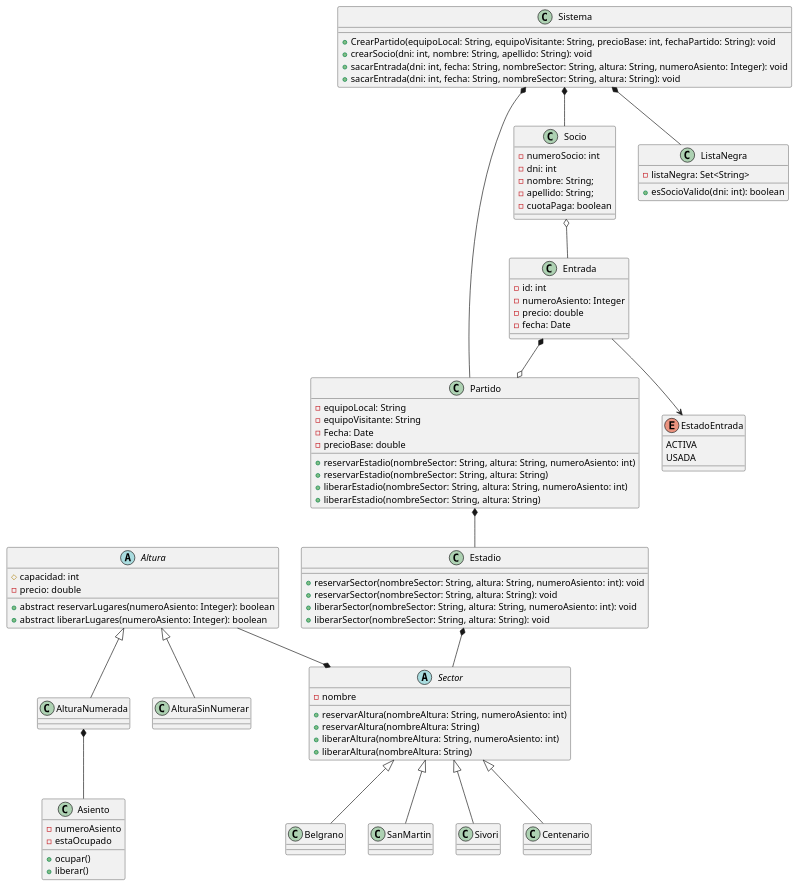
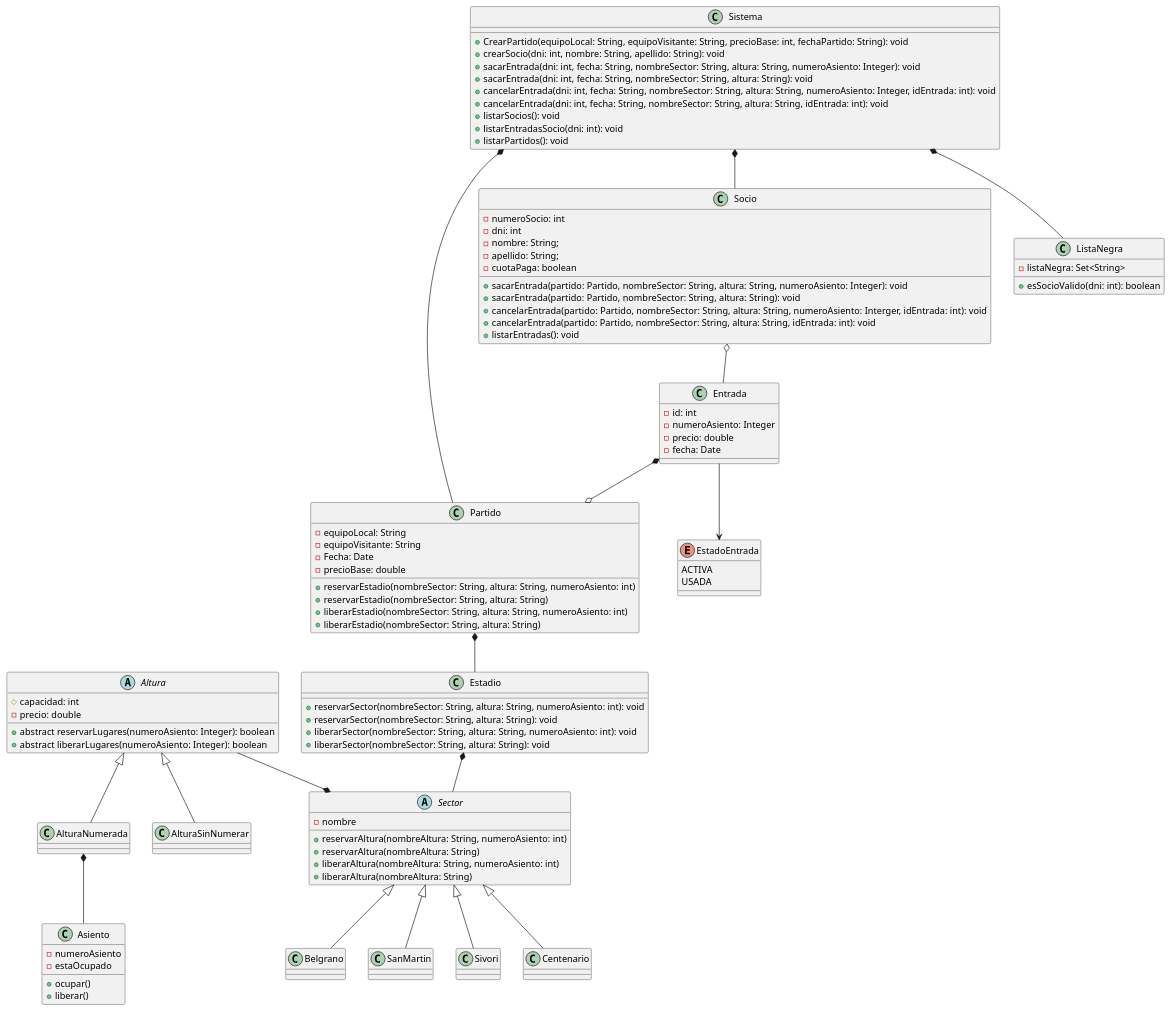
One commit to SimonForteza/TPO_POO_2024 changed the diagram in src/main/resources/diagram.puml. Above: the diagram before and after it, drawn with PlantUML. The commit also changed 5 other files, not shown here.

```diff
--- a/src/main/resources/diagram.puml
+++ b/src/main/resources/diagram.puml
@@ -1,110 +1,121 @@
 @startuml
 abstract class Altura{
     #capacidad: int
     -precio: double
     +abstract reservarLugares(numeroAsiento: Integer): boolean
     +abstract liberarLugares(numeroAsiento: Integer): boolean
 
 }
 
 class AlturaNumerada{}
 class AlturaSinNumerar{}
 
 class Asiento{
     -numeroAsiento
     -estaOcupado
     +ocupar()
     +liberar()
 }
 
 abstract class Sector{
     -nombre
     +reservarAltura(nombreAltura: String, numeroAsiento: int)
     +reservarAltura(nombreAltura: String)
     +liberarAltura(nombreAltura: String, numeroAsiento: int)
     +liberarAltura(nombreAltura: String)
 }
 
 class Belgrano{}
 class SanMartin{}
 class Sivori{}
 class Centenario{}
 
 class Estadio {
     +reservarSector(nombreSector: String, altura: String, numeroAsiento: int): void
     +reservarSector(nombreSector: String, altura: String): void
     +liberarSector(nombreSector: String, altura: String, numeroAsiento: int): void
     +liberarSector(nombreSector: String, altura: String): void
 }
 
 class Partido{
     -equipoLocal: String
     -equipoVisitante: String
     -Fecha: Date
     -precioBase: double
 
     +reservarEstadio(nombreSector: String, altura: String, numeroAsiento: int)
     +reservarEstadio(nombreSector: String, altura: String)
     +liberarEstadio(nombreSector: String, altura: String, numeroAsiento: int)
     +liberarEstadio(nombreSector: String, altura: String)
 }
 
 class Entrada{
     -id: int
     -numeroAsiento: Integer
     -precio: double
     -fecha: Date
 
 }
 
 enum EstadoEntrada {
     ACTIVA
     USADA
 }
 
 class Socio {
     - numeroSocio: int
     - dni: int
     - nombre: String;
     - apellido: String;
     - cuotaPaga: boolean
+
+    +sacarEntrada(partido: Partido, nombreSector: String, altura: String, numeroAsiento: Integer): void
+    +sacarEntrada(partido: Partido, nombreSector: String, altura: String): void
+    +cancelarEntrada(partido: Partido, nombreSector: String, altura: String, numeroAsiento: Interger, idEntrada: int): void
+    +cancelarEntrada(partido: Partido, nombreSector: String, altura: String, idEntrada: int): void
+    +listarEntradas(): void
 }
 
 class ListaNegra {
     -listaNegra: Set<String>
     +esSocioValido(dni: int): boolean
 }
 
 class Sistema{
     +CrearPartido(equipoLocal: String, equipoVisitante: String, precioBase: int, fechaPartido: String): void
     +crearSocio(dni: int, nombre: String, apellido: String): void
     +sacarEntrada(dni: int, fecha: String, nombreSector: String, altura: String, numeroAsiento: Integer): void
     +sacarEntrada(dni: int, fecha: String, nombreSector: String, altura: String): void
+    +cancelarEntrada(dni: int, fecha: String, nombreSector: String, altura: String, numeroAsiento: Integer, idEntrada: int): void
+    +cancelarEntrada(dni: int, fecha: String, nombreSector: String, altura: String, idEntrada: int): void
+    +listarSocios(): void
+    +listarEntradasSocio(dni: int): void
+    +listarPartidos(): void
 }
 
 
 Sistema *-- Partido
 Sistema *-- Socio
 Sistema *-- ListaNegra
 
 Socio o-- Entrada
 
 Altura <|-- AlturaNumerada
 Altura <|-- AlturaSinNumerar
 
 Altura --* Sector
 AlturaNumerada *-- Asiento
 
 Sector <|-- Belgrano
 Sector <|-- SanMartin
 Sector <|-- Sivori
 Sector <|-- Centenario
 
 Estadio *-- Sector
 
 Entrada *--o Partido
 Entrada --> EstadoEntrada
 
 Partido *-- Estadio
 
 @enduml
```
